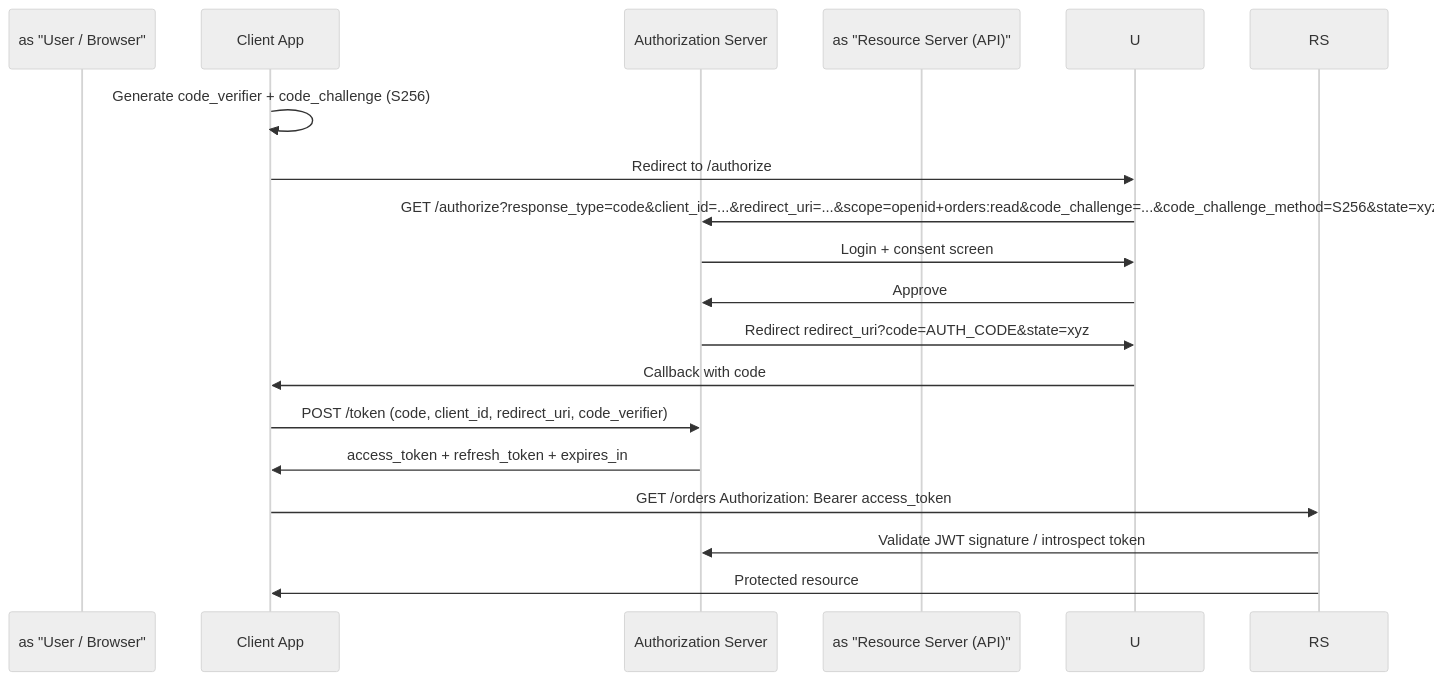
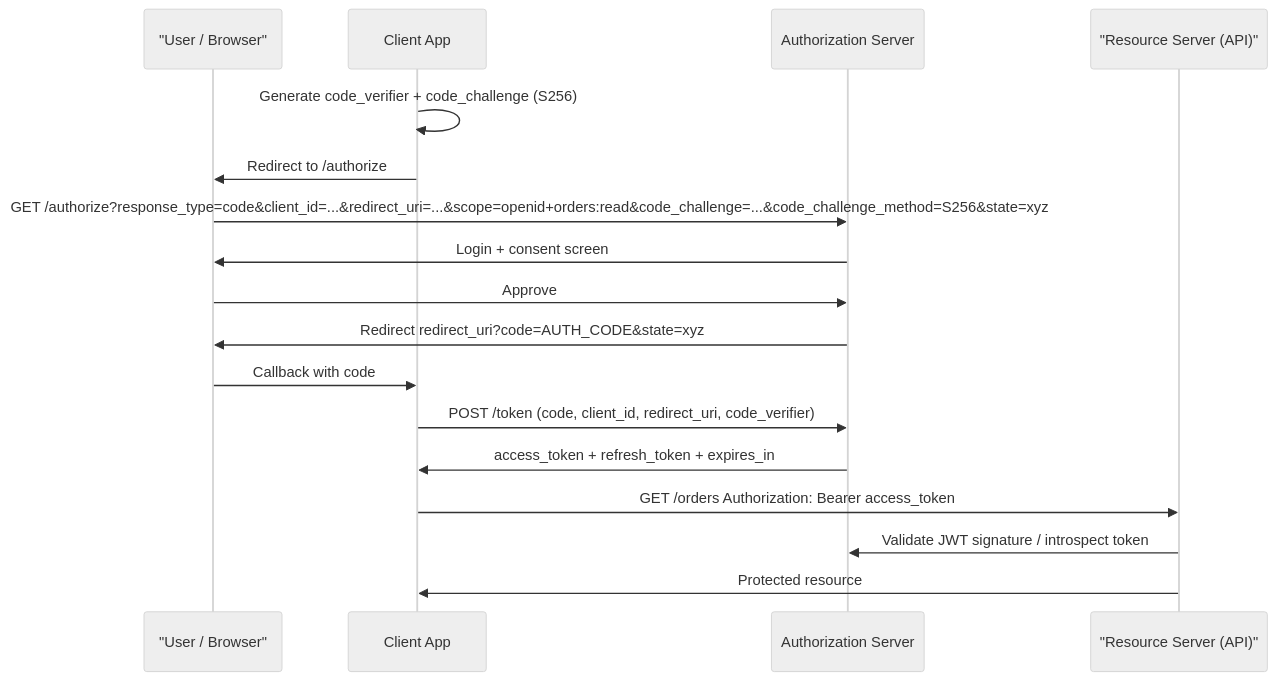
Before and after one commit to hareramcse/SystemDesign: the fourth of 25 diagrams in 10-security/README.md, drawn with Mermaid (neutral theme). The commit also changed 6 other files, not shown here.

````diff
--- a/10-security/README.md
+++ b/10-security/README.md
@@ -240,20 +240,20 @@
 ```mermaid
 sequenceDiagram
-    participant  as "User / Browser"
+    participant U as "User / Browser"
     participant C as Client App
     participant AS as Authorization Server
-    participant  as "Resource Server (API)"
+    participant RS as "Resource Server (API)"
 
     C->>C: Generate code_verifier + code_challenge (S256)
     C->>U: Redirect to /authorize
     U->>AS: GET /authorize?response_type=code&client_id=...&redirect_uri=...&scope=openid+orders:read&code_challenge=...&code_challenge_method=S256&state=xyz
     AS->>U: Login + consent screen
     U->>AS: Approve
     AS->>U: Redirect redirect_uri?code=AUTH_CODE&state=xyz
     U->>C: Callback with code
     C->>AS: POST /token (code, client_id, redirect_uri, code_verifier)
     AS->>C: access_token + refresh_token + expires_in
     C->>RS: GET /orders Authorization: Bearer access_token
     RS->>AS: Validate JWT signature / introspect token
     RS->>C: Protected resource
 ```
````
